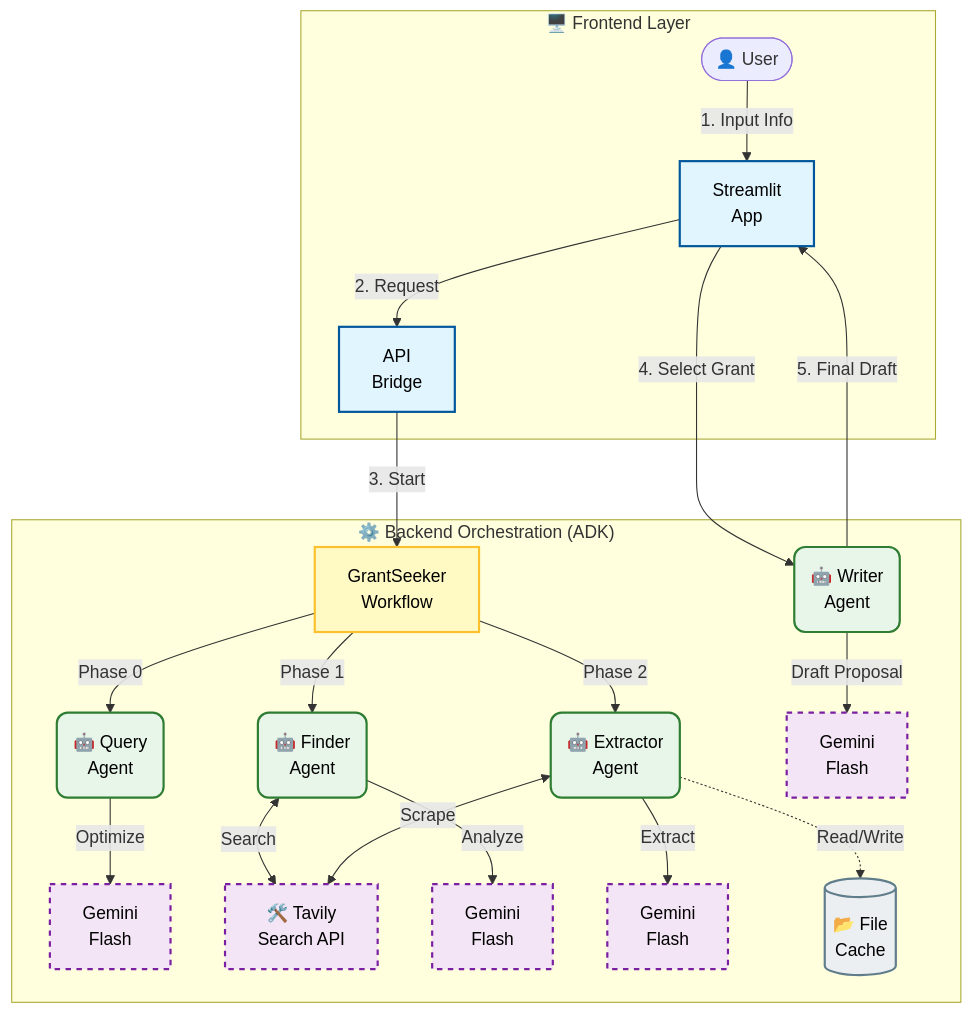
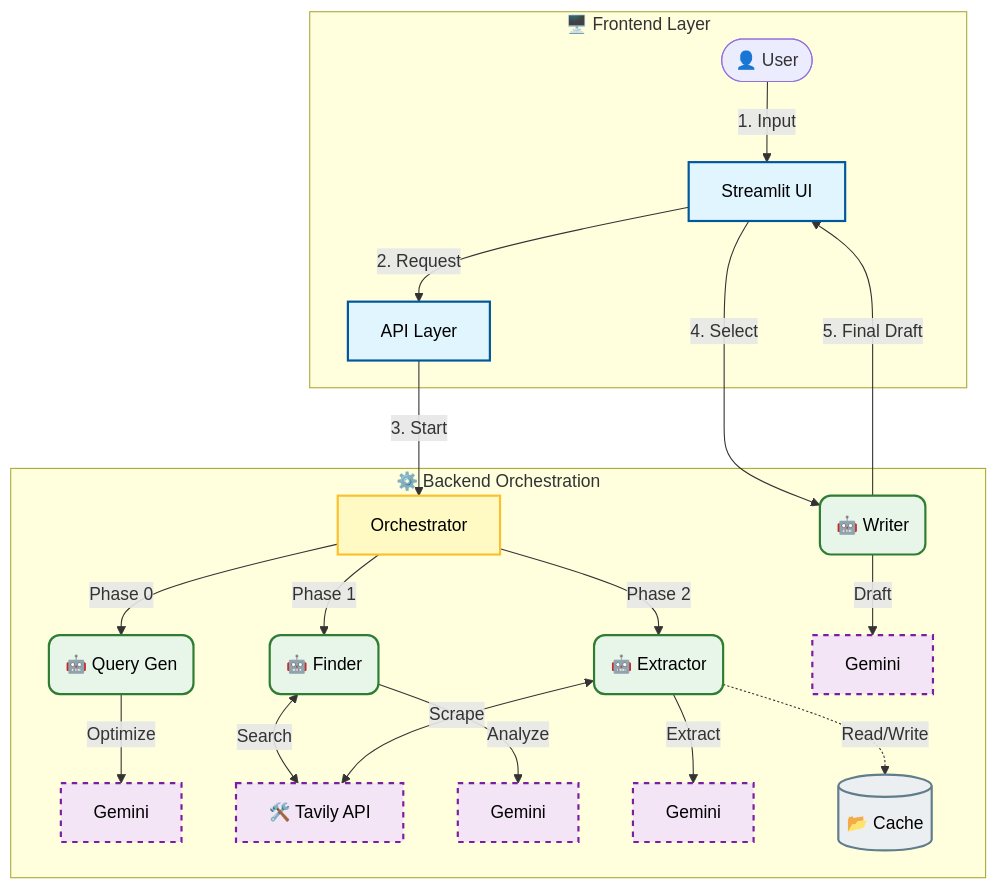
Before and after one commit to alanspace/Grant-Seeker-AI: the diagram in README.md, drawn with Mermaid.

````diff
--- a/README.md
+++ b/README.md
@@ -146,49 +146,49 @@
 ```mermaid
 graph TD
     %% Styles
     classDef frontend fill:#e1f5fe,stroke:#01579b,stroke-width:2px,color:black;
     classDef orchestrator fill:#fff9c4,stroke:#fbc02d,stroke-width:2px,color:black;
     classDef agent fill:#e8f5e9,stroke:#2e7d32,stroke-width:2px,rx:10,ry:10,color:black;
     classDef tool fill:#f3e5f5,stroke:#7b1fa2,stroke-width:2px,stroke-dasharray: 5 5,color:black;
     classDef storage fill:#eceff1,stroke:#607d8b,stroke-width:2px,color:black;
 
     subgraph Frontend ["🖥️ Frontend Layer"]
-        User([👤 User]) -->|1. Input Info| UI[Streamlit<br/>App]
-        UI -->|2. Request| API[API<br/>Bridge]
+        User([👤 User]) -->|1. Input| UI[Streamlit UI]
+        UI -->|2. Request| API[API Layer]
     end
 
-    subgraph Backend ["⚙️ Backend Orchestration (ADK)"]
-        API -->|3. Start| Workflow[GrantSeeker<br/>Workflow]
+    subgraph Backend ["⚙️ Backend Orchestration"]
+        API -->|3. Start| Workflow[Orchestrator]
         
         %% Phase 0
-        Workflow -->|Phase 0| QueryAgent(🤖 Query<br/>Agent)
-        QueryAgent -->|Optimize| Gemini1[Gemini<br/>Flash]
+        Workflow -->|Phase 0| QueryAgent(🤖 Query Gen)
+        QueryAgent -->|Optimize| Gemini1[Gemini]
         
         %% Phase 1
-        Workflow -->|Phase 1| FinderAgent(🤖 Finder<br/>Agent)
-        FinderAgent <-->|Search| Tavily[🛠️ Tavily<br/>Search API]
-        FinderAgent -->|Analyze| Gemini2[Gemini<br/>Flash]
+        Workflow -->|Phase 1| FinderAgent(🤖 Finder)
+        FinderAgent <-->|Search| Tavily[🛠️ Tavily API]
+        FinderAgent -->|Analyze| Gemini2[Gemini]
         
         %% Phase 2
-        Workflow -->|Phase 2| ExtractorAgent(🤖 Extractor<br/>Agent)
+        Workflow -->|Phase 2| ExtractorAgent(🤖 Extractor)
         ExtractorAgent <-->|Scrape| Tavily
-        ExtractorAgent -->|Extract| Gemini3[Gemini<br/>Flash]
+        ExtractorAgent -->|Extract| Gemini3[Gemini]
         
         %% Caching
-        ExtractorAgent -.->|Read/Write| Cache[(📂 File<br/>Cache)]
+        ExtractorAgent -.->|Read/Write| Cache[(📂 Cache)]
         
         %% Phase 3
-        UI -->|4. Select Grant| WriterAgent(🤖 Writer<br/>Agent)
-        WriterAgent -->|Draft Proposal| Gemini4[Gemini<br/>Flash]
+        UI -->|4. Select| WriterAgent(🤖 Writer)
+        WriterAgent -->|Draft| Gemini4[Gemini]
     end
 
     %% Output
     WriterAgent -->|5. Final Draft| UI
 
     %% Apply Styles
     class UI,API frontend;
     class Workflow orchestrator;
     class QueryAgent,FinderAgent,ExtractorAgent,WriterAgent agent;
     class Tavily,Gemini1,Gemini2,Gemini3,Gemini4 tool;
     class Cache storage;
 ```
````
